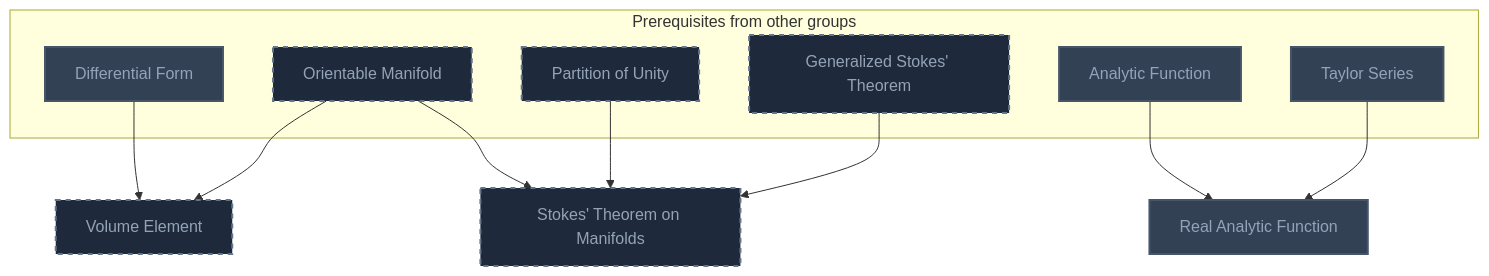
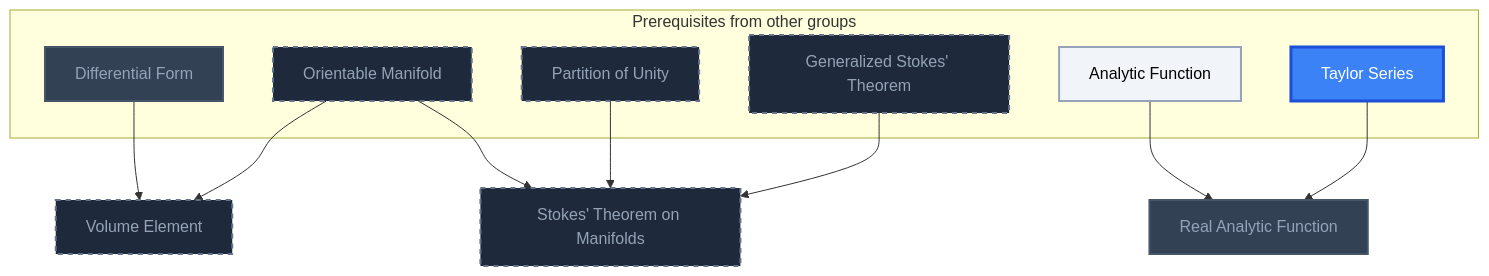
Diagram 21 of 22 in Gamification/Skill Trees/Real Analysis.md (MRauf1/My-Notes), drawn with Mermaid before and after one commit. The commit also changed other lines of this file and 145 other files, not shown here.

````diff
--- a/Gamification/Skill Trees/Real Analysis.md
+++ b/Gamification/Skill Trees/Real Analysis.md
@@ -1466,33 +1508,35 @@
 ```mermaid
 flowchart TD
     classDef planned fill:#1E293B,stroke:#64748B,stroke-width:2px,stroke-dasharray:5 5,color:#94A3B8;
     classDef locked fill:#334155,stroke:#475569,stroke-width:2px,color:#94A3B8;
     classDef L0 fill:#F1F5F9,stroke:#94A3B8,stroke-width:2px,color:#000000;
     classDef L1 fill:#22C55E,stroke:#15803D,stroke-width:2px,color:#000000;
     classDef L2 fill:#3B82F6,stroke:#1D4ED8,stroke-width:3px,color:#FFFFFF;
     classDef L3 fill:#A855F7,stroke:#6B21A8,stroke-width:3px,color:#FFFFFF,font-weight:bold;
     classDef L4 fill:#F97316,stroke:#C2410C,stroke-width:4px,color:#000000,font-weight:bold;
     classDef L5 fill:#FFD700,stroke:#FF8C00,stroke-width:5px,color:#000000,font-weight:bold;
     classDef rusty stroke:#8B4513,stroke-width:4px,stroke-dasharray:3 3;
     subgraph sg_prereqs["Prerequisites from other groups"]
         n_differential_form["Differential Form"]
         n_orientable_manifold["Orientable Manifold"]
         n_partition_of_unity["Partition of Unity"]
         n_generalized_stokes_theorem["Generalized Stokes' Theorem"]
         n_analytic_function["Analytic Function"]
         n_taylor_series["Taylor Series"]
     end
     n_volume_element["Volume Element"]
     n_stokes_theorem_on_manifolds["Stokes' Theorem on Manifolds"]
     n_real_analytic_function["Real Analytic Function"]
     n_differential_form --> n_volume_element
     n_orientable_manifold --> n_volume_element
     n_partition_of_unity --> n_stokes_theorem_on_manifolds
     n_generalized_stokes_theorem --> n_stokes_theorem_on_manifolds
     n_orientable_manifold --> n_stokes_theorem_on_manifolds
     n_analytic_function --> n_real_analytic_function
     n_taylor_series --> n_real_analytic_function
     class n_orientable_manifold,n_partition_of_unity,n_generalized_stokes_theorem,n_volume_element,n_stokes_theorem_on_manifolds planned;
-    class n_differential_form,n_analytic_function,n_taylor_series,n_real_analytic_function locked;
+    class n_differential_form,n_real_analytic_function locked;
+    class n_analytic_function L0;
+    class n_taylor_series L2;
     class n_differential_form,n_analytic_function,n_taylor_series,n_real_analytic_function internal-link;
 ```
````
